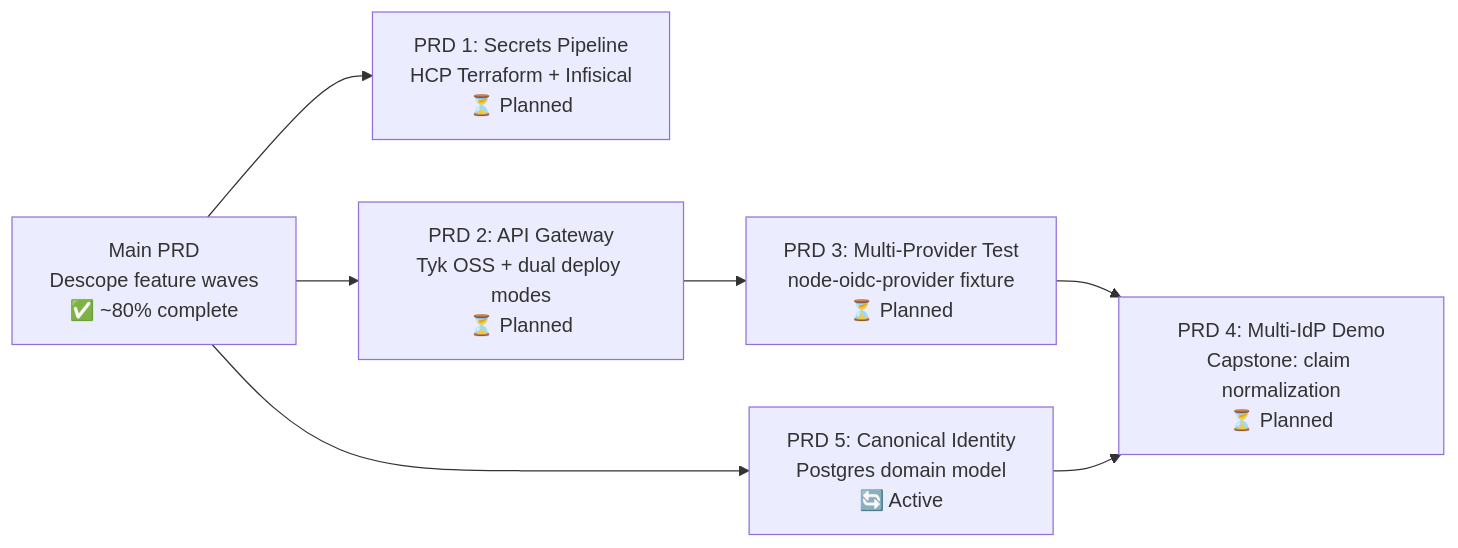
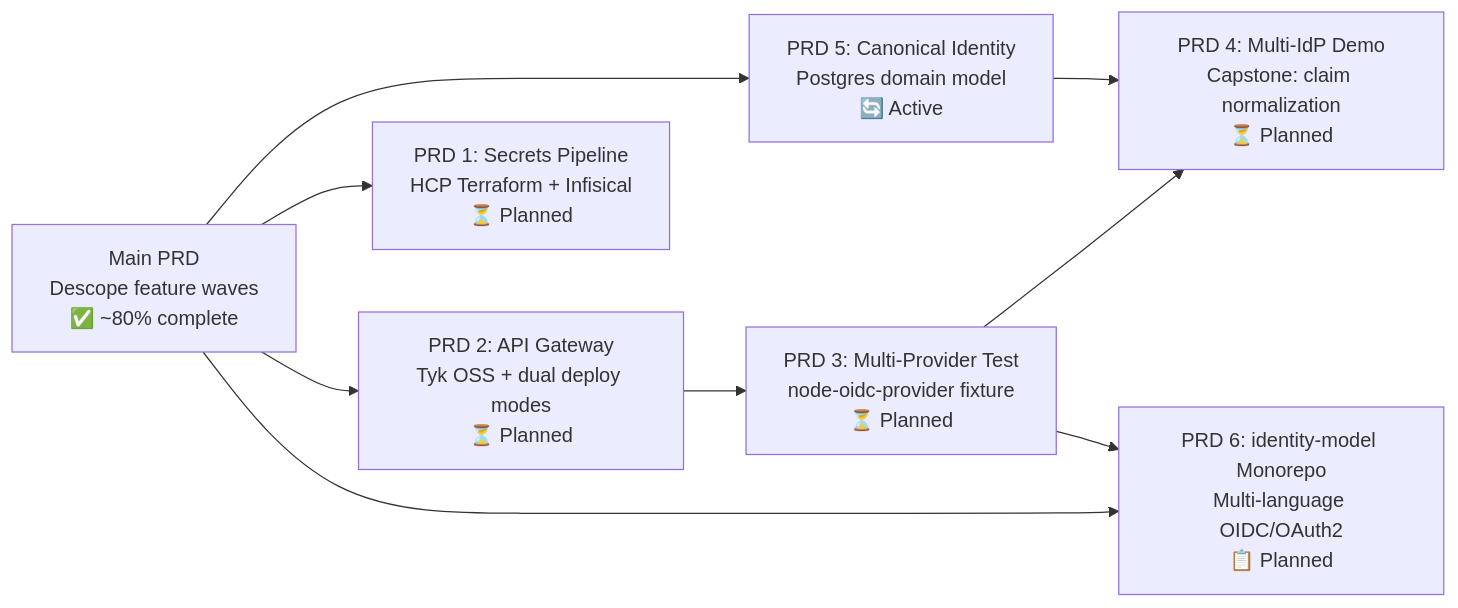
Before and after one commit to jamescrowley321/identity-stack-planning: the second of 4 diagrams in README.md, drawn with Mermaid. The commit also changed other lines of this file and 4 other files, not shown here.

First line of the commit message:
docs: clean up README, fix ralph docs, add PRD 6 to roadmap

````diff
--- a/README.md
+++ b/README.md
@@ -120,16 +120,19 @@
 ```mermaid
 graph LR
     MAIN["Main PRD<br/>Descope feature waves<br/>✅ ~80% complete"]
     PRD1["PRD 1: Secrets Pipeline<br/>HCP Terraform + Infisical<br/>⏳ Planned"]
     PRD2["PRD 2: API Gateway<br/>Tyk OSS + dual deploy modes<br/>⏳ Planned"]
     PRD3["PRD 3: Multi-Provider Test<br/>node-oidc-provider fixture<br/>⏳ Planned"]
     PRD4["PRD 4: Multi-IdP Demo<br/>Capstone: claim normalization<br/>⏳ Planned"]
     PRD5["PRD 5: Canonical Identity<br/>Postgres domain model<br/>🔄 Active"]
+    PRD6["PRD 6: identity-model Monorepo<br/>Multi-language OIDC/OAuth2<br/>📋 Planned"]
 
     MAIN --> PRD5
     MAIN --> PRD1
     MAIN --> PRD2
     PRD2 --> PRD3
     PRD3 --> PRD4
     PRD5 --> PRD4
+    MAIN --> PRD6
+    PRD3 --> PRD6
 ```
````
